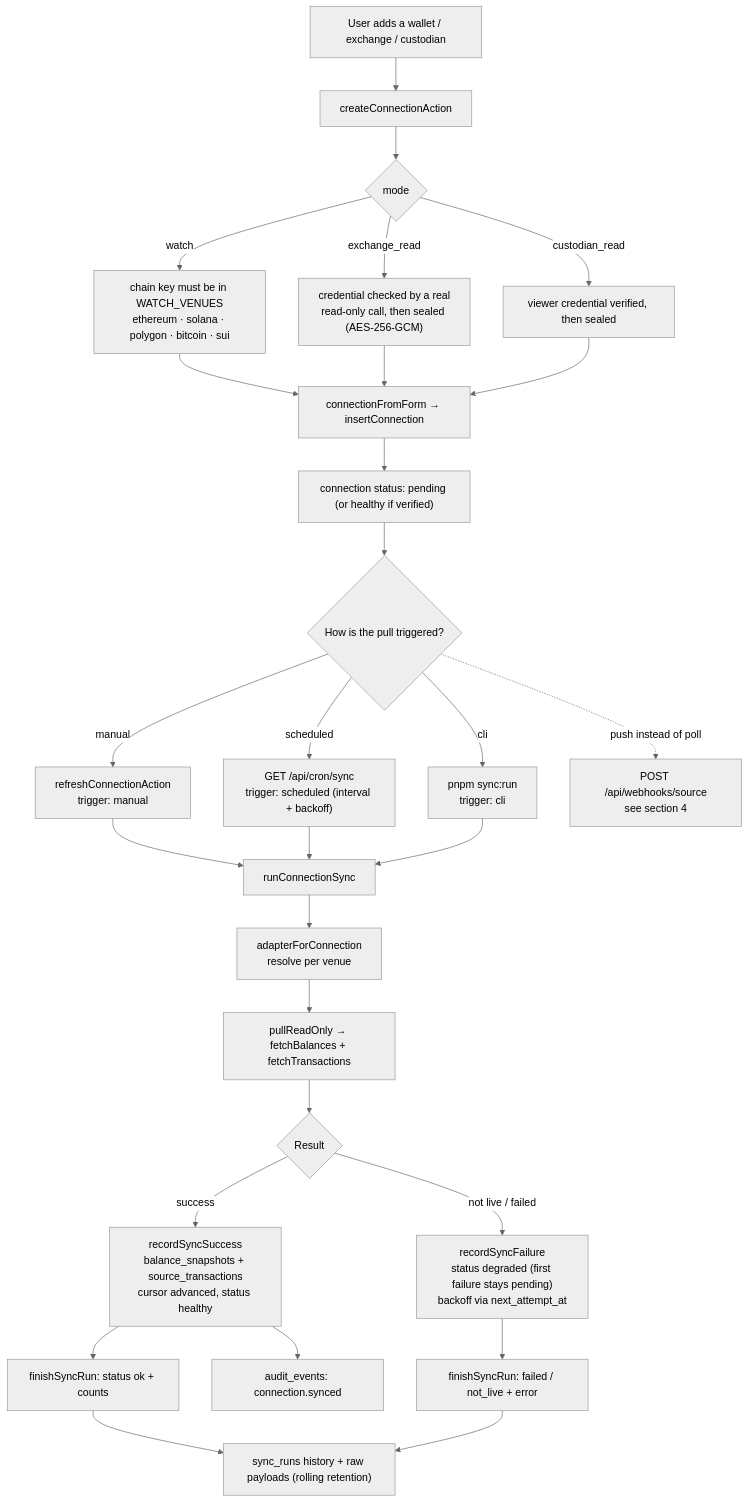
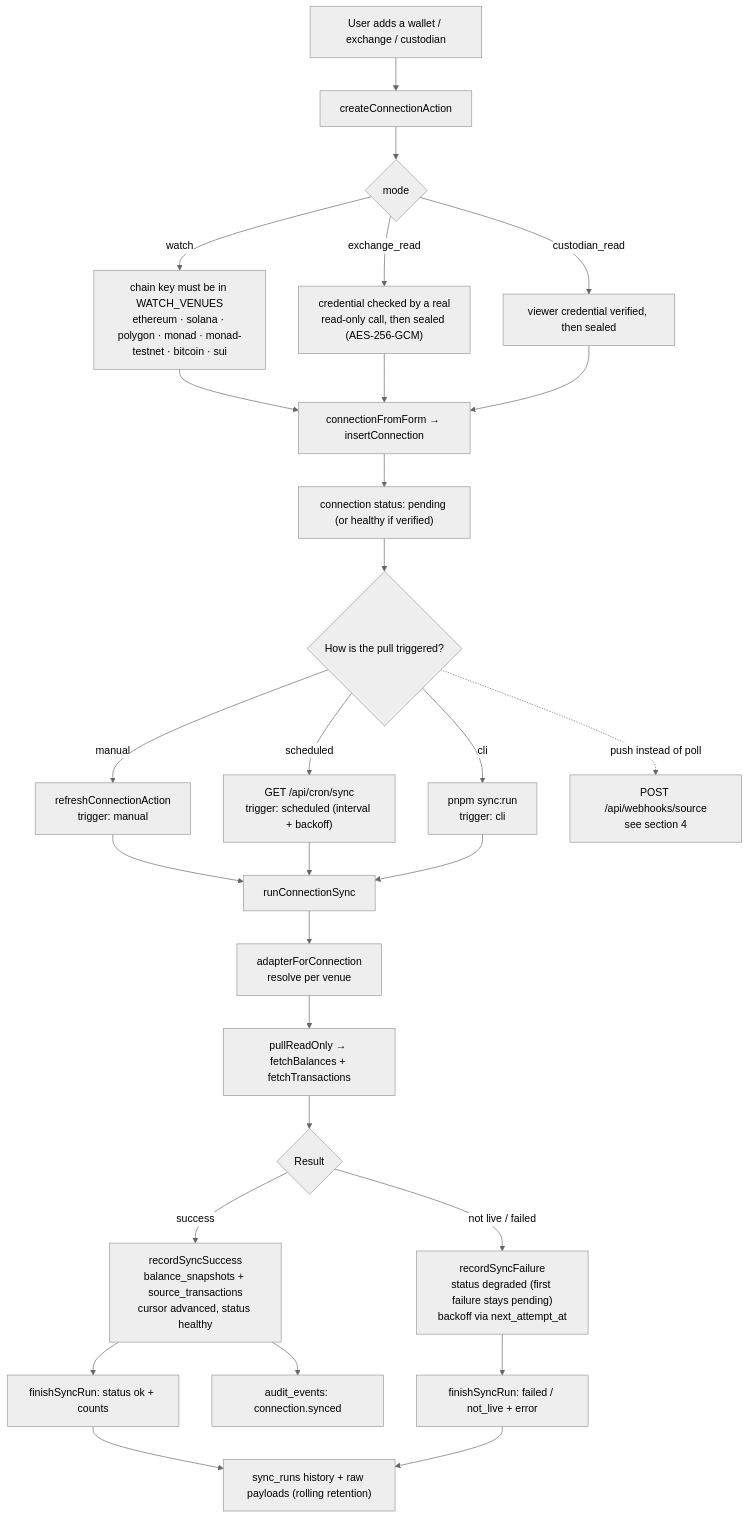
Before and after one commit to chiku524/token-ledger: the third of 7 diagrams in docs/flowchart.md, drawn with Mermaid (neutral theme). The commit also changed 21 other files, not shown here.

First line of the commit message:
feat(evm): add Monad mainnet and testnet chain support

````diff
--- a/docs/flowchart.md
+++ b/docs/flowchart.md
@@ -85,32 +85,32 @@
 ```mermaid
 flowchart TD
   A["User adds a wallet / exchange / custodian"] --> B["createConnectionAction"]
   B --> C{"mode"}
-  C -- "watch" --> D["chain key must be in WATCH_VENUES<br/>ethereum · solana · polygon · bitcoin · sui"]
+  C -- "watch" --> D["chain key must be in WATCH_VENUES<br/>ethereum · solana · polygon · monad · monad-testnet · bitcoin · sui"]
   C -- "exchange_read" --> E["credential checked by a real<br/>read-only call, then sealed (AES-256-GCM)"]
   C -- "custodian_read" --> F["viewer credential verified, then sealed"]
   D --> G["connectionFromForm → insertConnection"]
   E --> G
   F --> G
   G --> H["connection status: pending (or healthy if verified)"]
 
   H --> I{"How is the pull triggered?"}
   I -- "manual" --> J["refreshConnectionAction<br/>trigger: manual"]
   I -- "scheduled" --> K["GET /api/cron/sync<br/>trigger: scheduled (interval + backoff)"]
   I -- "cli" --> L["pnpm sync:run<br/>trigger: cli"]
   I -. "push instead of poll" .-> M["POST /api/webhooks/source<br/>see section 4"]
 
   J --> N["runConnectionSync"]
   K --> N
   L --> N
   N --> O["adapterForConnection<br/>resolve per venue"]
   O --> P["pullReadOnly → fetchBalances + fetchTransactions"]
   P --> Q{"Result"}
   Q -- "success" --> R["recordSyncSuccess<br/>balance_snapshots + source_transactions<br/>cursor advanced, status healthy"]
   Q -- "not live / failed" --> S["recordSyncFailure<br/>status degraded (first failure stays pending)<br/>backoff via next_attempt_at"]
   R --> T["finishSyncRun: status ok + counts"]
   S --> U["finishSyncRun: failed / not_live + error"]
   T --> V["sync_runs history + raw payloads (rolling retention)"]
   U --> V
   R --> W["audit_events: connection.synced"]
 ```
````
